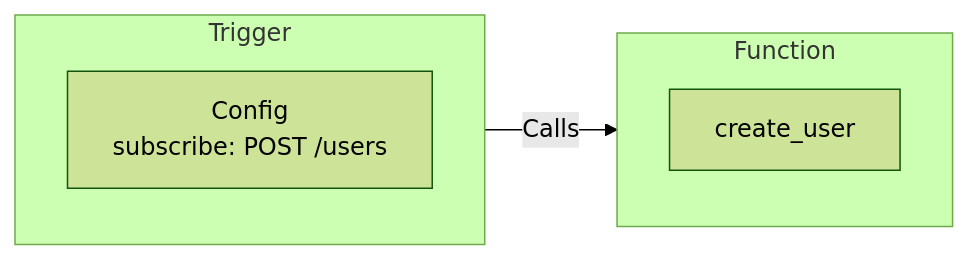
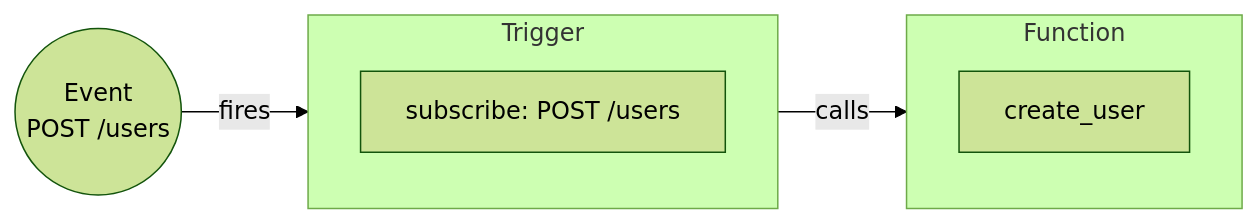
One commit to iii-hq/docs changed the diagram in content/concepts/triggers.mdx. Above: the diagram before and after it, drawn with Mermaid (forest theme). The commit also changed other lines of this file and 4 other files, not shown here.

Commit message:
mermaid chart revisions from events to engine

````diff
--- a/content/concepts/triggers.mdx
+++ b/content/concepts/triggers.mdx
@@ -7,10 +9,11 @@
 ```mermaid
 graph LR
+    Event((Event<br/>POST /users)) -->|fires| Trigger
     subgraph Trigger[Trigger]
-        Config[Config<br/>subscribe: POST /users]
+        Config[subscribe: POST /users]
     end
     subgraph Function[Function]
         Fn[create_user]
     end
-    Trigger -->|Calls| Function
+    Trigger -->|calls| Function
 ```
````
